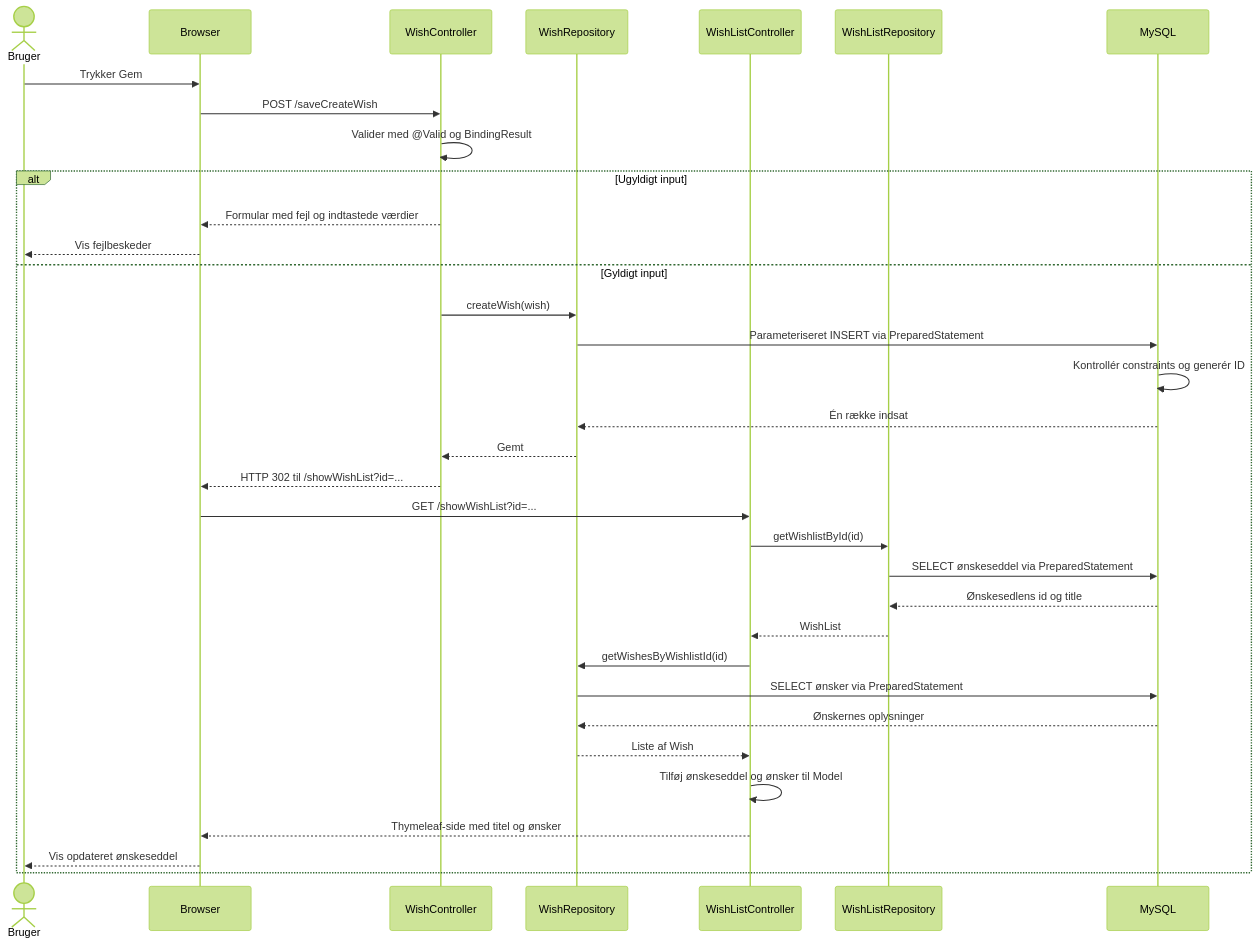
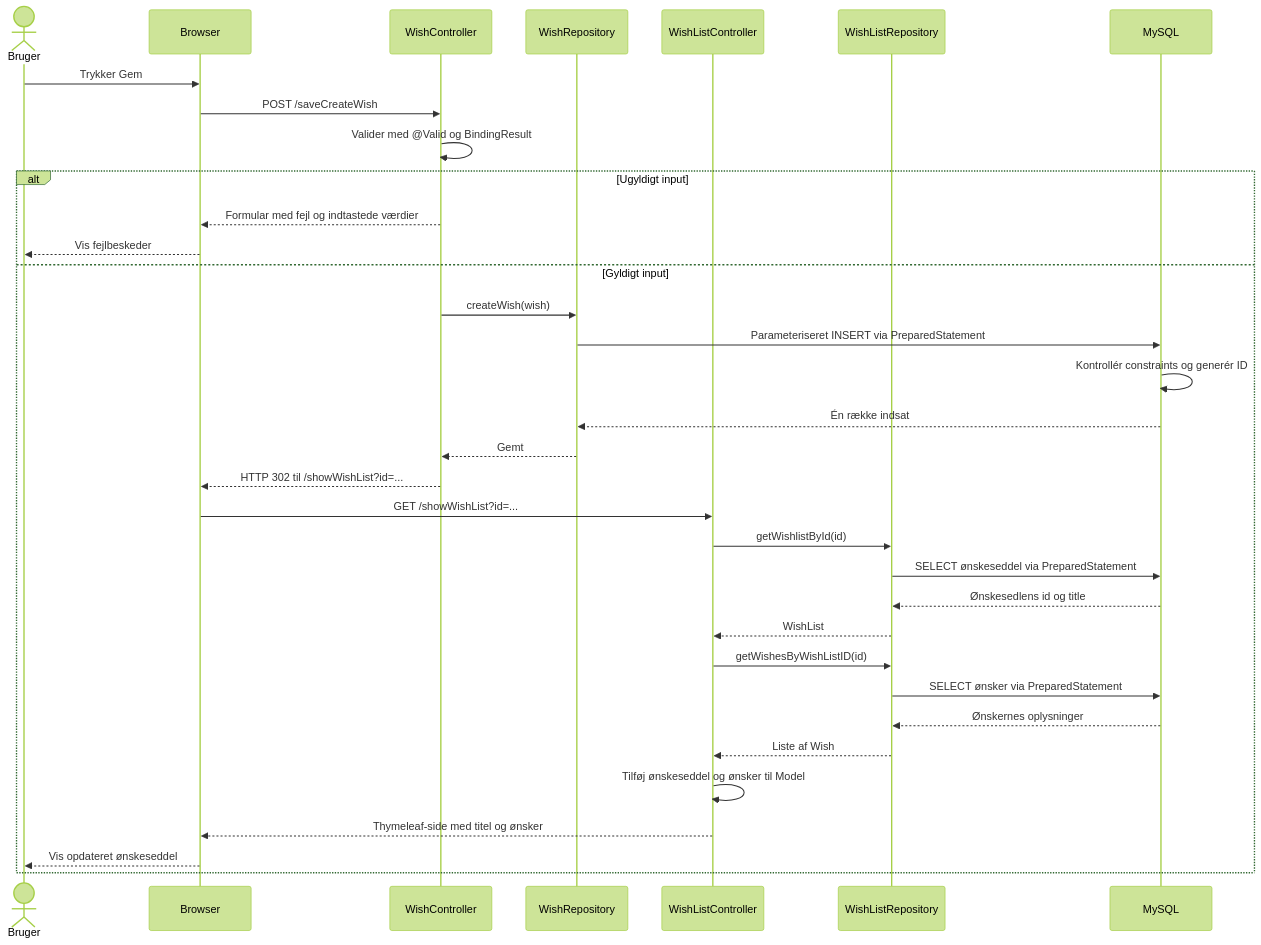
One commit to alagami-ux/Projekt2_Gruppe_6 changed the second of 4 diagrams in docs/diagrammer.md. Above: the diagram before and after it, drawn with Mermaid (forest theme). The commit also changed other lines of this file, not shown here.

Commit message:
docs: ret sekvens- og deployment-diagram mod kode

````diff
--- a/docs/diagrammer.md
+++ b/docs/diagrammer.md
@@ -39,37 +39,37 @@
 ```mermaid
 sequenceDiagram
     actor U as Bruger
     participant B as Browser
     participant WC as WishController
     participant WR as WishRepository
     participant LC as WishListController
     participant LR as WishListRepository
     participant DB as MySQL
 
     U->>B: Trykker Gem
     B->>WC: POST /saveCreateWish
     WC->>WC: Valider med @Valid og BindingResult
     alt Ugyldigt input
         WC-->>B: Formular med fejl og indtastede værdier
         B-->>U: Vis fejlbeskeder
     else Gyldigt input
         WC->>WR: createWish(wish)
         WR->>DB: Parameteriseret INSERT via PreparedStatement
         DB->>DB: Kontrollér constraints og generér ID
         DB-->>WR: Én række indsat
         WR-->>WC: Gemt
         WC-->>B: HTTP 302 til /showWishList?id=...
         B->>LC: GET /showWishList?id=...
         LC->>LR: getWishlistById(id)
         LR->>DB: SELECT ønskeseddel via PreparedStatement
         DB-->>LR: Ønskesedlens id og title
         LR-->>LC: WishList
-        LC->>WR: getWishesByWishlistId(id)
-        WR->>DB: SELECT ønsker via PreparedStatement
-        DB-->>WR: Ønskernes oplysninger
-        WR-->>LC: Liste af Wish
+        LC->>LR: getWishesByWishListID(id)
+        LR->>DB: SELECT ønsker via PreparedStatement
+        DB-->>LR: Ønskernes oplysninger
+        LR-->>LC: Liste af Wish
         LC->>LC: Tilføj ønskeseddel og ønsker til Model
         LC-->>B: Thymeleaf-side med titel og ønsker
         B-->>U: Vis opdateret ønskeseddel
     end
 ```
````
